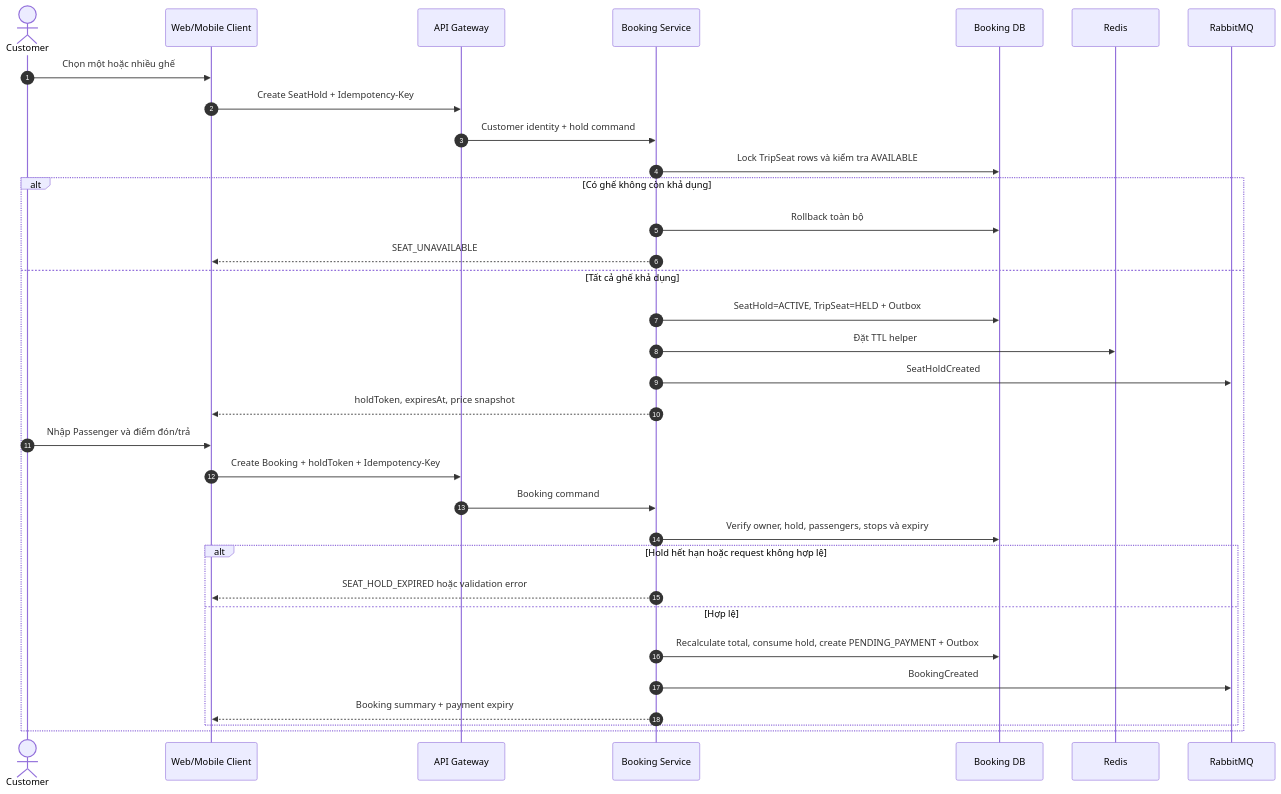
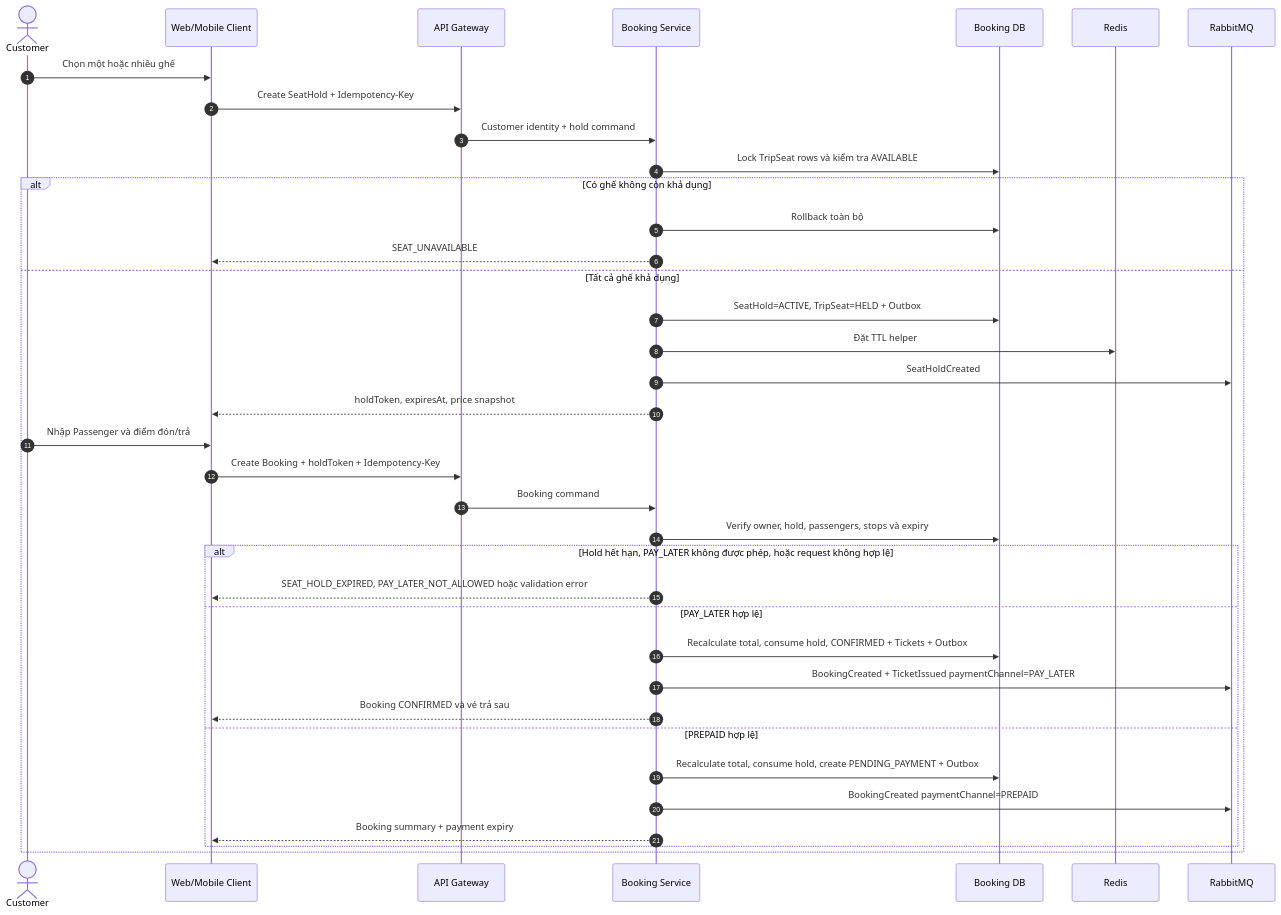
The second of 4 diagrams in docs/system-design/02-03-sequence-diagrams/02-search-booking-ticket.md (TrisMinh/PBL6), drawn with Mermaid before and after one commit. The commit also changed 68 other files, not shown here.

First line of the commit message:
docs: add SRS 2.0.1 pay-later and platform commission

````diff
--- a/docs/system-design/02-03-sequence-diagrams/02-search-booking-ticket.md
+++ b/docs/system-design/02-03-sequence-diagrams/02-search-booking-ticket.md
@@ -42,36 +42,40 @@
 ```mermaid
 sequenceDiagram
     autonumber
     actor CUS as Customer
     participant C as Web/Mobile Client
     participant GW as API Gateway
     participant BK as Booking Service
     participant DB as Booking DB
     participant R as Redis
     participant MQ as RabbitMQ
 
     CUS->>C: Chọn một hoặc nhiều ghế
     C->>GW: Create SeatHold + Idempotency-Key
     GW->>BK: Customer identity + hold command
     BK->>DB: Lock TripSeat rows và kiểm tra AVAILABLE
     alt Có ghế không còn khả dụng
         BK->>DB: Rollback toàn bộ
         BK-->>C: SEAT_UNAVAILABLE
     else Tất cả ghế khả dụng
         BK->>DB: SeatHold=ACTIVE, TripSeat=HELD + Outbox
         BK->>R: Đặt TTL helper
         BK->>MQ: SeatHoldCreated
         BK-->>C: holdToken, expiresAt, price snapshot
         CUS->>C: Nhập Passenger và điểm đón/trả
         C->>GW: Create Booking + holdToken + Idempotency-Key
         GW->>BK: Booking command
         BK->>DB: Verify owner, hold, passengers, stops và expiry
-        alt Hold hết hạn hoặc request không hợp lệ
-            BK-->>C: SEAT_HOLD_EXPIRED hoặc validation error
-        else Hợp lệ
+        alt Hold hết hạn, PAY_LATER không được phép, hoặc request không hợp lệ
+            BK-->>C: SEAT_HOLD_EXPIRED, PAY_LATER_NOT_ALLOWED hoặc validation error
+        else PAY_LATER hợp lệ
+            BK->>DB: Recalculate total, consume hold, CONFIRMED + Tickets + Outbox
+            BK->>MQ: BookingCreated + TicketIssued paymentChannel=PAY_LATER
+            BK-->>C: Booking CONFIRMED và vé trả sau
+        else PREPAID hợp lệ
             BK->>DB: Recalculate total, consume hold, create PENDING_PAYMENT + Outbox
-            BK->>MQ: BookingCreated
+            BK->>MQ: BookingCreated paymentChannel=PREPAID
             BK-->>C: Booking summary + payment expiry
         end
     end
 ```
````
